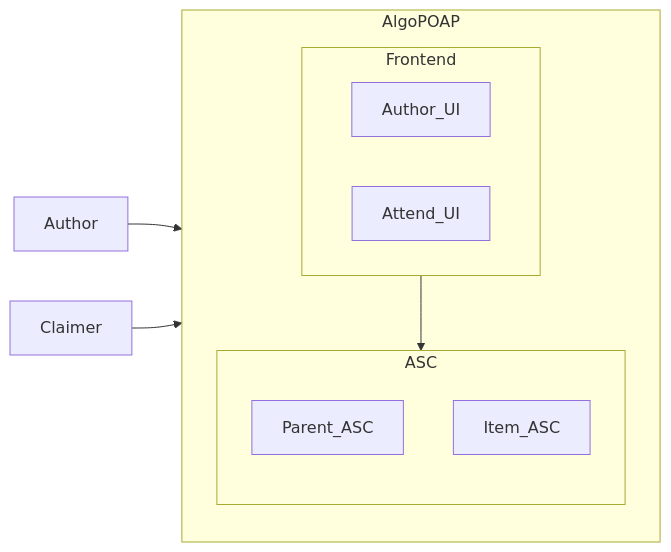
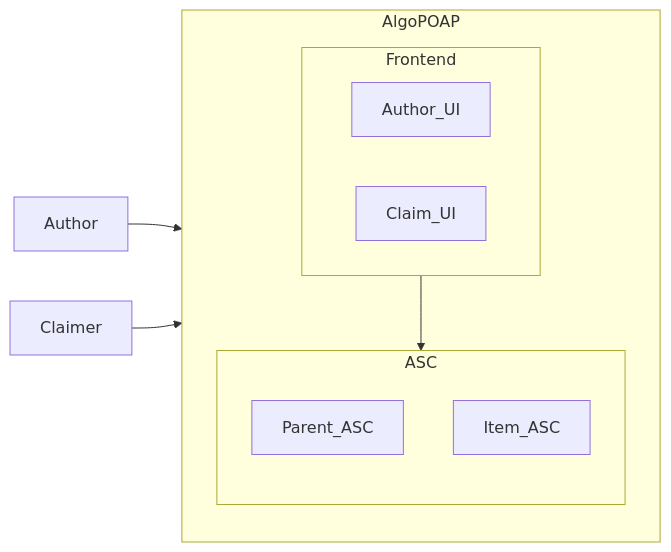
Before and after one commit to GoPlausible/.github: the first of 8 diagrams in profile/README.md, drawn with Mermaid. The commit also changed other lines of this file, not shown here.

````diff
--- a/profile/README.md
+++ b/profile/README.md
@@ -87,21 +87,21 @@
 ```mermaid
   flowchart LR
   subgraph AlgoPOAP
     direction TB
     subgraph Frontend
         direction RL
         Author_UI
-        Attend_UI
+        Claim_UI
     end
     subgraph ASC
         direction TB
         Parent_ASC
         Item_ASC
         
     end
   end
   Author --> AlgoPOAP
   Claimer --> AlgoPOAP
   Frontend --> ASC
   
 ```
````
